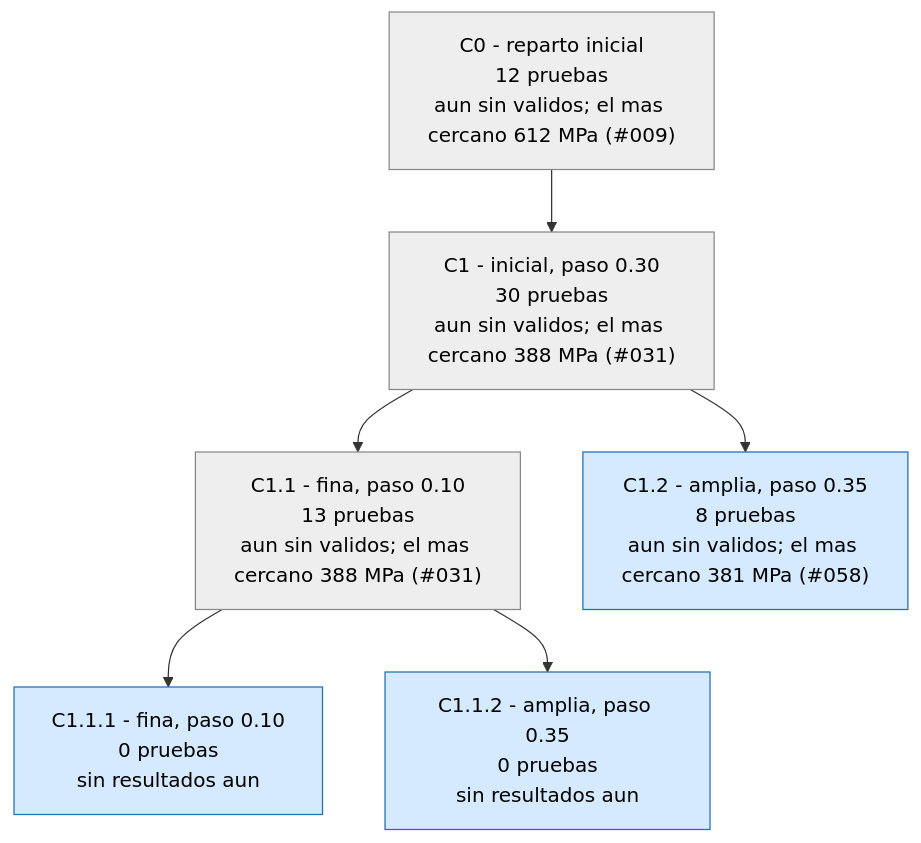
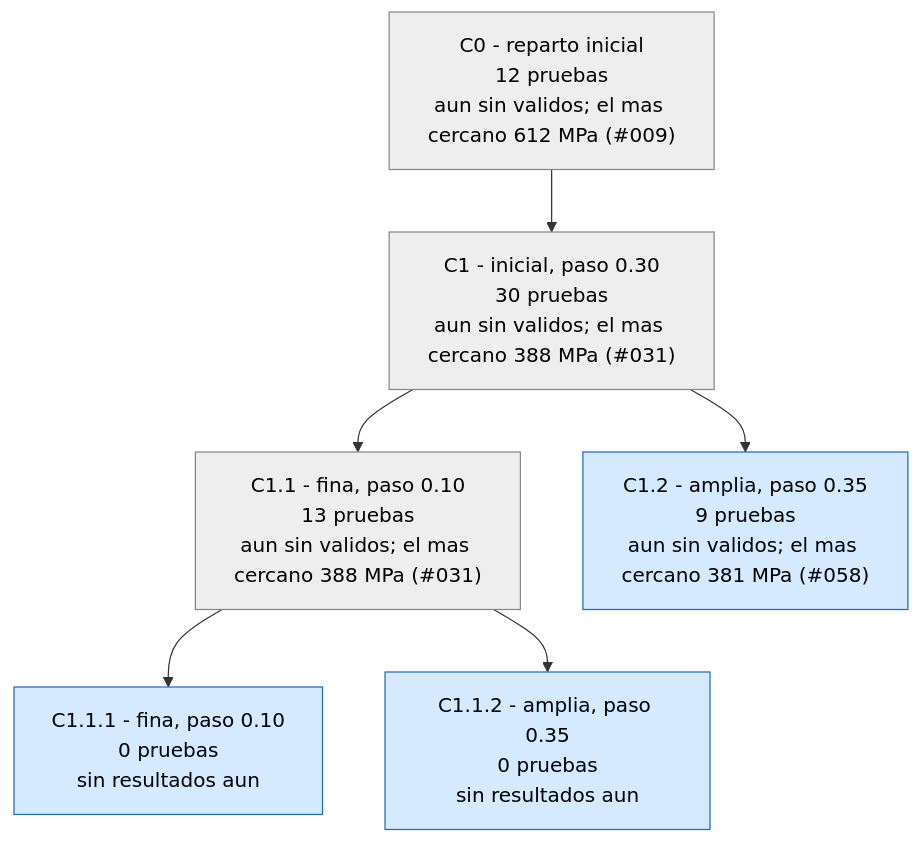
One commit to Hugiko/msd-soporte-optimizacion changed the third of 3 diagrams in runs/opt_37800N/ARBOL.md. Above: the diagram before and after it, drawn with Mermaid. The commit also changed 19 other files, not shown here.

````diff
--- a/runs/opt_37800N/ARBOL.md
+++ b/runs/opt_37800N/ARBOL.md
@@ -71,17 +71,17 @@
 ```mermaid
 graph TD
 classDef activa fill:#d6eaff,stroke:#1f6fb5,color:#000
 classDef fin fill:#eeeeee,stroke:#888,color:#000
 classDef mejor fill:#c8f0c0,stroke:#1a9850,stroke-width:4px,color:#000
 C0["C0 - reparto inicial<br/>12 pruebas<br/>aun sin validos; el mas cercano 612 MPa (#009)"]:::fin
 C1["C1 - inicial, paso 0.30<br/>30 pruebas<br/>aun sin validos; el mas cercano 388 MPa (#031)"]:::fin
 C0 --> C1
 C1_1["C1.1 - fina, paso 0.10<br/>13 pruebas<br/>aun sin validos; el mas cercano 388 MPa (#031)"]:::fin
 C1 --> C1_1
-C1_2["C1.2 - amplia, paso 0.35<br/>8 pruebas<br/>aun sin validos; el mas cercano 381 MPa (#058)"]:::activa
+C1_2["C1.2 - amplia, paso 0.35<br/>9 pruebas<br/>aun sin validos; el mas cercano 381 MPa (#058)"]:::activa
 C1 --> C1_2
 C1_1_1["C1.1.1 - fina, paso 0.10<br/>0 pruebas<br/>sin resultados aun"]:::activa
 C1_1 --> C1_1_1
 C1_1_2["C1.1.2 - amplia, paso 0.35<br/>0 pruebas<br/>sin resultados aun"]:::activa
 C1_1 --> C1_1_2
 ```
````
